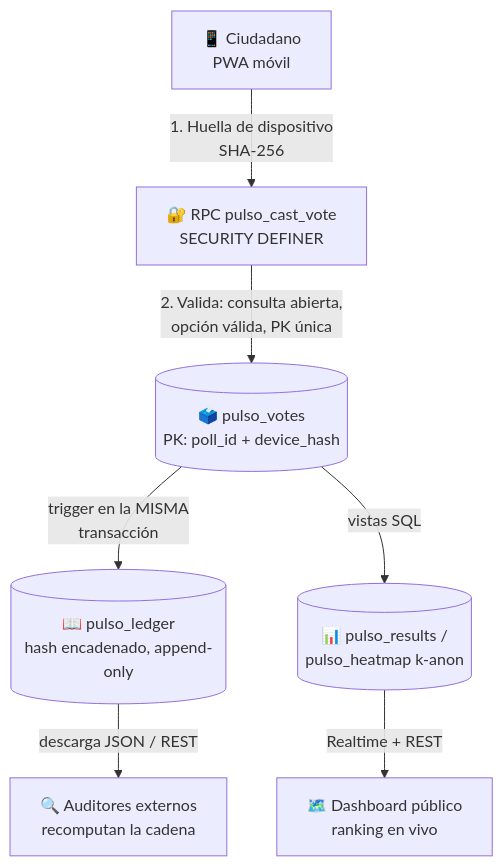
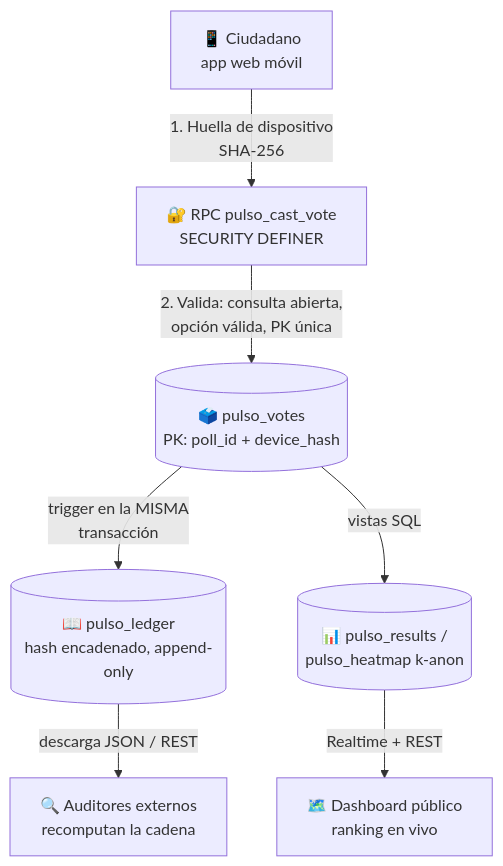
The diagram in pulso-nayarit/README.md (Autosociomx/Gobernanza-digital-), drawn with Mermaid before and after one commit. The commit also changed other lines of this file and 5 other files, not shown here.

````diff
--- a/pulso-nayarit/README.md
+++ b/pulso-nayarit/README.md
@@ -48,9 +50,9 @@
 ```mermaid
 flowchart TD
-    A[📱 Ciudadano<br>PWA móvil] -->|1. Huella de dispositivo<br>SHA-256| B[🔐 RPC pulso_cast_vote<br>SECURITY DEFINER]
+    A[📱 Ciudadano<br>app web móvil] -->|1. Huella de dispositivo<br>SHA-256| B[🔐 RPC pulso_cast_vote<br>SECURITY DEFINER]
     B -->|2. Valida: consulta abierta,<br>opción válida, PK única| C[(🗳️ pulso_votes<br>PK: poll_id + device_hash)]
     C -->|trigger en la MISMA<br>transacción| D[(📖 pulso_ledger<br>hash encadenado, append-only)]
     C -->|vistas SQL| E[(📊 pulso_results /<br>pulso_heatmap k-anon)]
     E -->|Realtime + REST| F[🗺️ Dashboard público<br>ranking en vivo]
     D -->|descarga JSON / REST| G[🔍 Auditores externos<br>recomputan la cadena]
 ```
````
